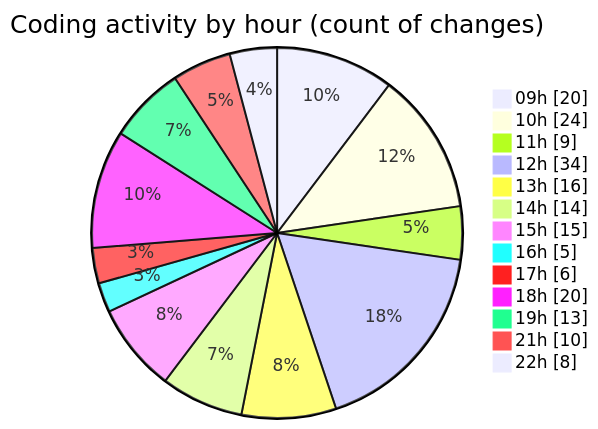
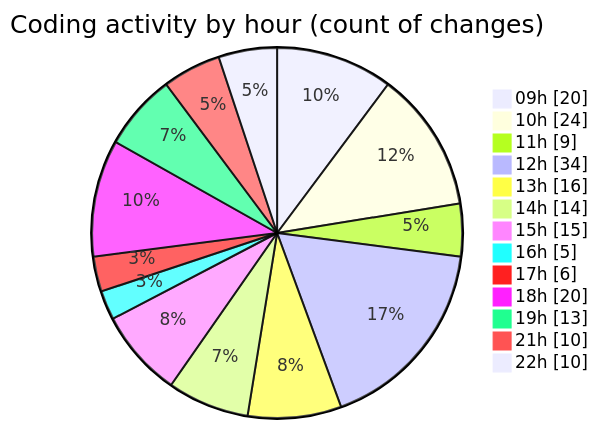
One commit to momahboobian/code-tracking changed the second of 2 diagrams in 2025-05-19/cda/README.md. Above: the diagram before and after it, drawn with Mermaid. The commit also changed other lines of this file and 1 other file, not shown here.

````diff
--- a/2025-05-19/cda/README.md
+++ b/2025-05-19/cda/README.md
@@ -61,17 +61,17 @@
 ```mermaid
 pie showData
 title Coding activity by hour (count of changes)
 "09h" : 20
 "10h" : 24
 "11h" : 9
 "12h" : 34
 "13h" : 16
 "14h" : 14
 "15h" : 15
 "16h" : 5
 "17h" : 6
 "18h" : 20
 "19h" : 13
 "21h" : 10
-"22h" : 8
+"22h" : 10
 ```
````
